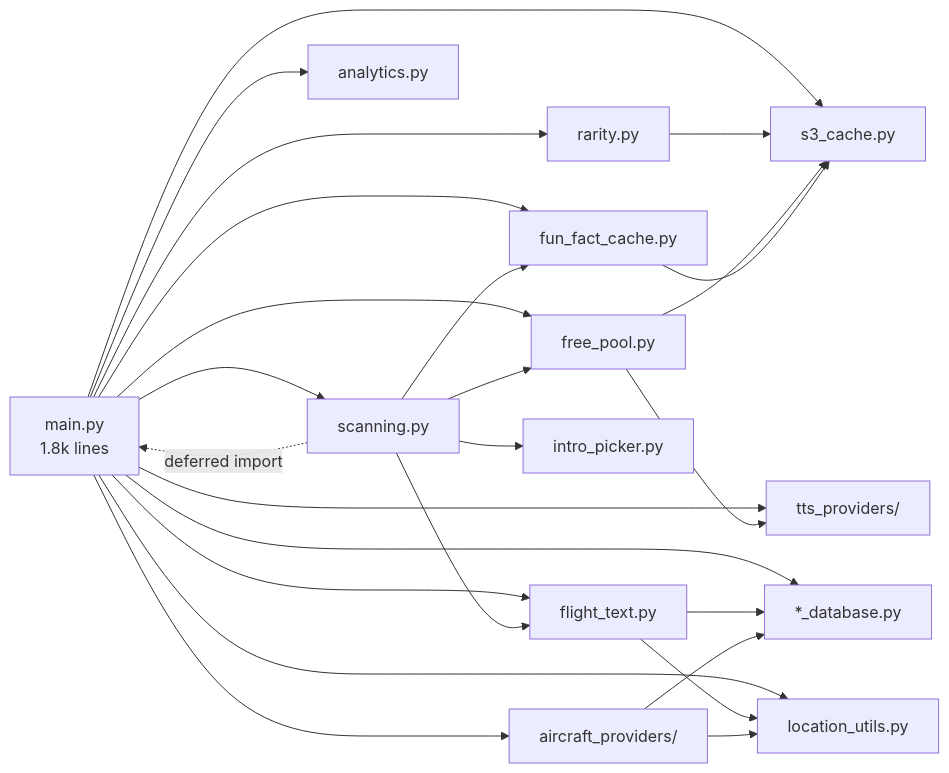
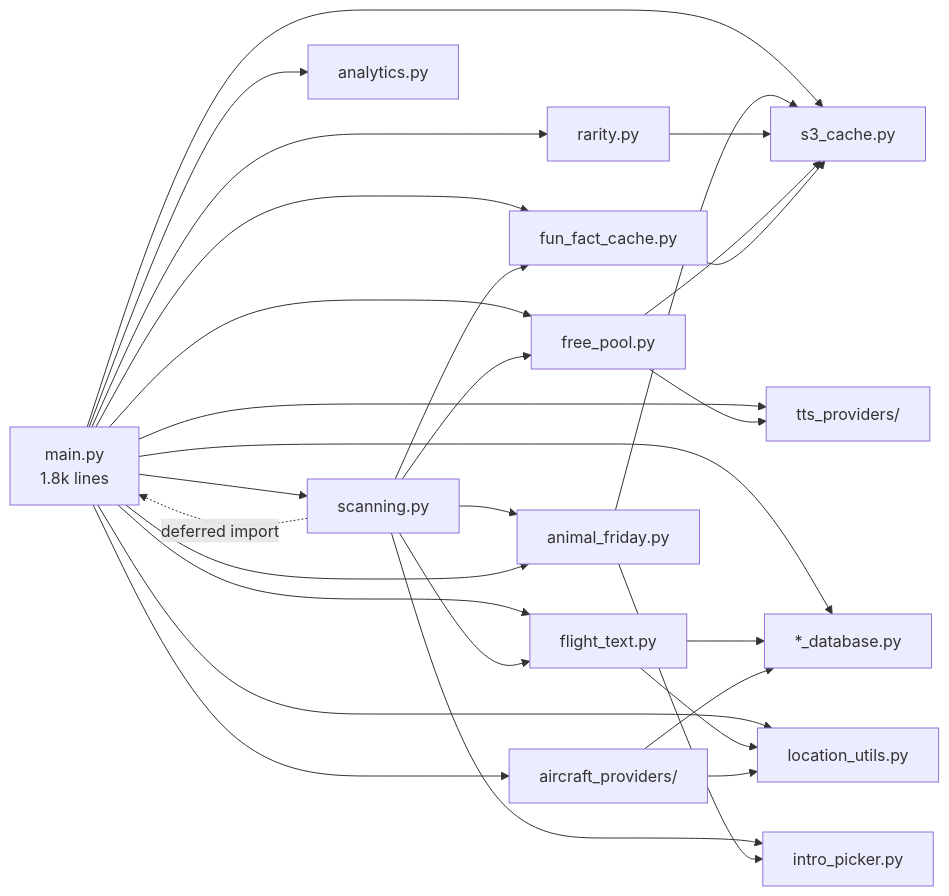
Before and after one commit to cjkm3rriman/dreaming-of-a-jet-plane: the ninth of 9 diagrams in docs/ARCHITECTURE.md, drawn with Mermaid. The commit also changed other lines of this file, not shown here.

First line of the commit message:
ARCHITECTURE.md: Animal Friday is track 5 (#85)

````diff
--- a/docs/ARCHITECTURE.md
+++ b/docs/ARCHITECTURE.md
@@ -737,39 +780,43 @@
 ```mermaid
 graph LR
     main["main.py<br/>1.8k lines"]
     scanning["scanning.py"]
     free["free_pool.py"]
     text["flight_text.py"]
     loc["location_utils.py"]
     s3["s3_cache.py"]
     ff["fun_fact_cache.py"]
     ap["aircraft_providers/"]
     tp["tts_providers/"]
     db["*_database.py"]
     an["analytics.py"]
 
     main --> scanning
     main --> free
     main --> text
     main --> loc
     main --> s3
     main --> ff
     main --> ap
     main --> tp
     main --> db
     main --> an
     scanning -.->|deferred import| main
     scanning --> free
     scanning --> ff
     scanning --> text
     scanning --> picker["intro_picker.py"]
+    scanning --> bird["animal_friday.py"]
+    main --> bird
+    bird --> picker
+    bird --> s3
     main --> rarity["rarity.py"]
     rarity --> s3
     free --> s3
     free --> tp
     text --> db
     text --> loc
     ap --> db
     ap --> loc
     ff --> s3
 ```
````
